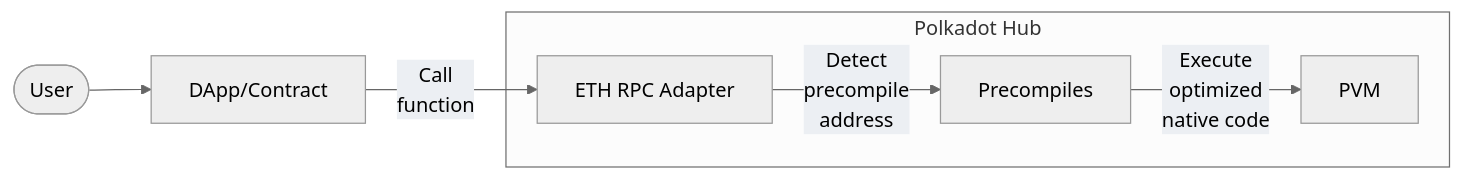
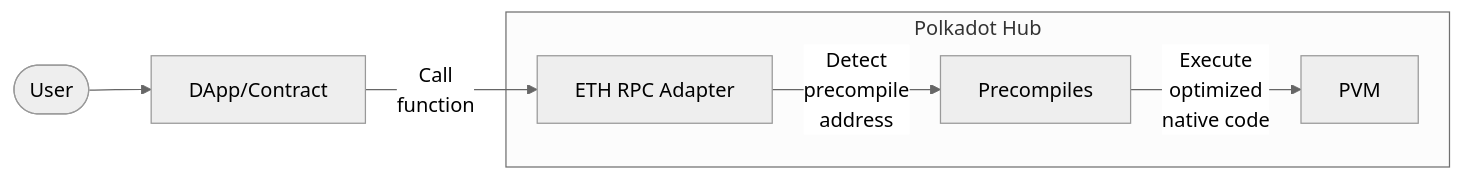
One commit to polkadot-developers/polkadot-docs changed the diagram in smart-contracts/precompiles/index.md. Above: the diagram before and after it, drawn with Mermaid (neutral theme).

Commit message:
remove custom styles; use default instead

````diff
--- a/smart-contracts/precompiles/index.md
+++ b/smart-contracts/precompiles/index.md
@@ -20,21 +20,19 @@
 ```mermaid
 flowchart LR
     User(["User"])
     dApp["DApp/Contract"]
     PVM["ETH RPC Adapter"]
     Precompiles["Precompiles"]
     Runtime["PVM"]
 
     User --> dApp
     dApp -->|"Call<br>function"| PVM
     PVM -->|"Detect<br>precompile<br>address"| Precompiles
     Precompiles -->|"Execute<br>optimized<br>native code"| Runtime
 
     subgraph "Polkadot Hub"
         PVM
         Precompiles
         Runtime
     end
-
-    classDef edgeLabel background:#eceff3;
 ```
````
